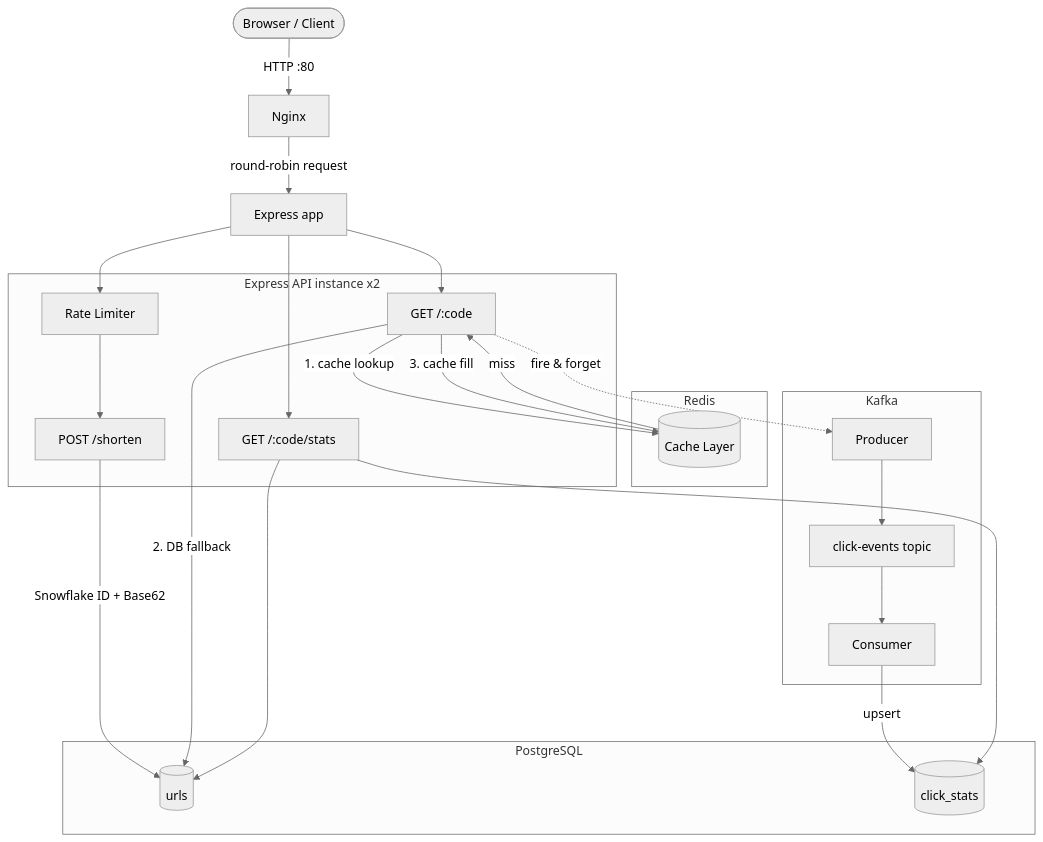
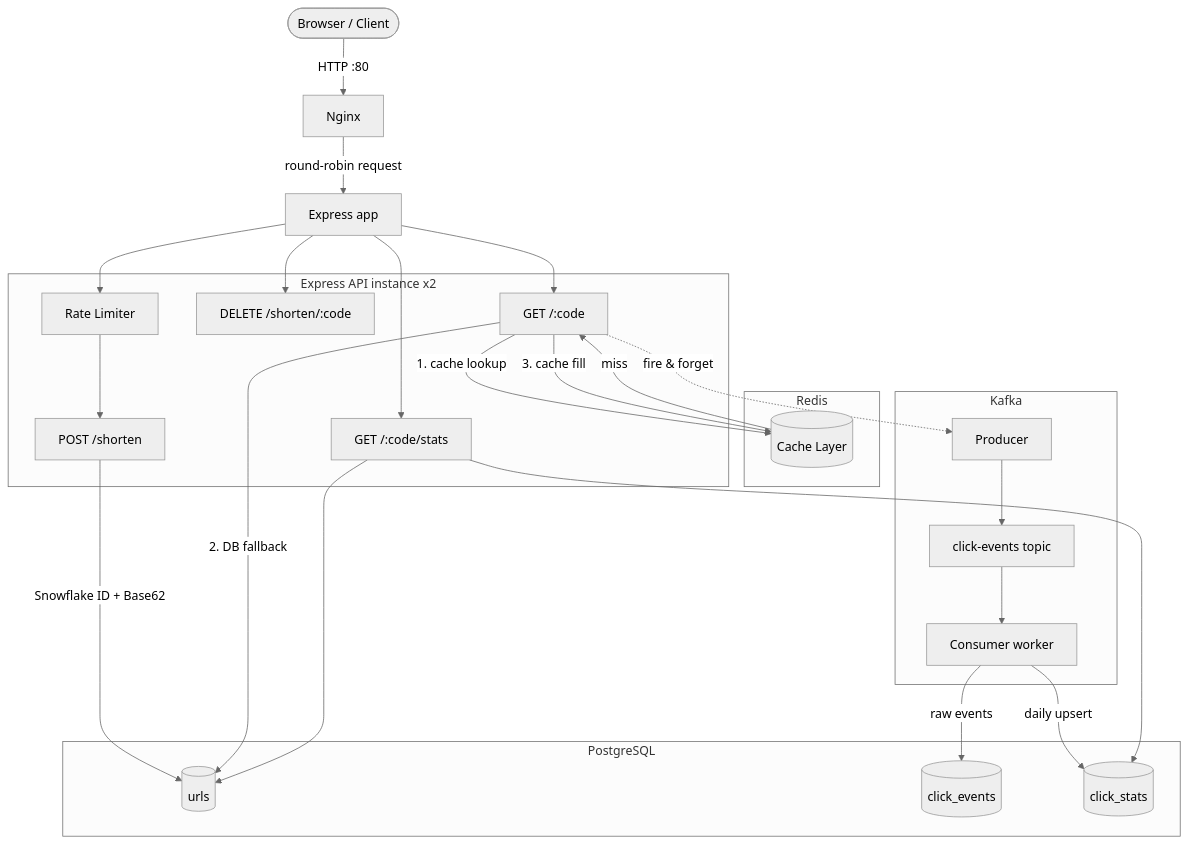
Before and after one commit to itsmeaks200/url-shortner: the diagram in README.md, drawn with Mermaid (neutral theme). The commit also changed other lines of this file and 6 other files, not shown here.

Commit message:
feat: run Kafka consumer as a separate, scalable worker process

````diff
--- a/README.md
+++ b/README.md
@@ -7,45 +7,49 @@
 ```mermaid
 flowchart TD
     Client([Browser / Client])
 
     subgraph API[Express API instance x2]
         RL[Rate Limiter]
         SH[POST /shorten]
+        DL[DELETE /shorten/:code]
         RD[GET /:code]
         ST[GET /:code/stats]
     end
 
     subgraph Cache[Redis]
         RC[(Cache Layer)]
     end
 
     subgraph DB[PostgreSQL]
         UT[(urls)]
+        CE[(click_events)]
         CS[(click_stats)]
     end
 
     subgraph Pipeline[Kafka]
         KP[Producer]
         KT[click-events topic]
-        KC[Consumer]
+        KC[Consumer worker]
     end
 
     Client -->|HTTP :80| NX[Nginx]
     NX -->|round-robin request| APP[Express app]
     APP --> RL
     RL --> SH
+    APP --> DL
     APP --> RD
     APP --> ST
 
     SH -->|Snowflake ID + Base62| UT
     RD -->|1. cache lookup| RC
     RC -->|miss| RD
     RD -->|2. DB fallback| UT
     RD -->|3. cache fill| RC
     RD -.->|fire & forget| KP
     KP --> KT
     KT --> KC
-    KC -->|upsert| CS
+    KC -->|raw events| CE
+    KC -->|daily upsert| CS
     ST --> UT
     ST --> CS
 ```
````
